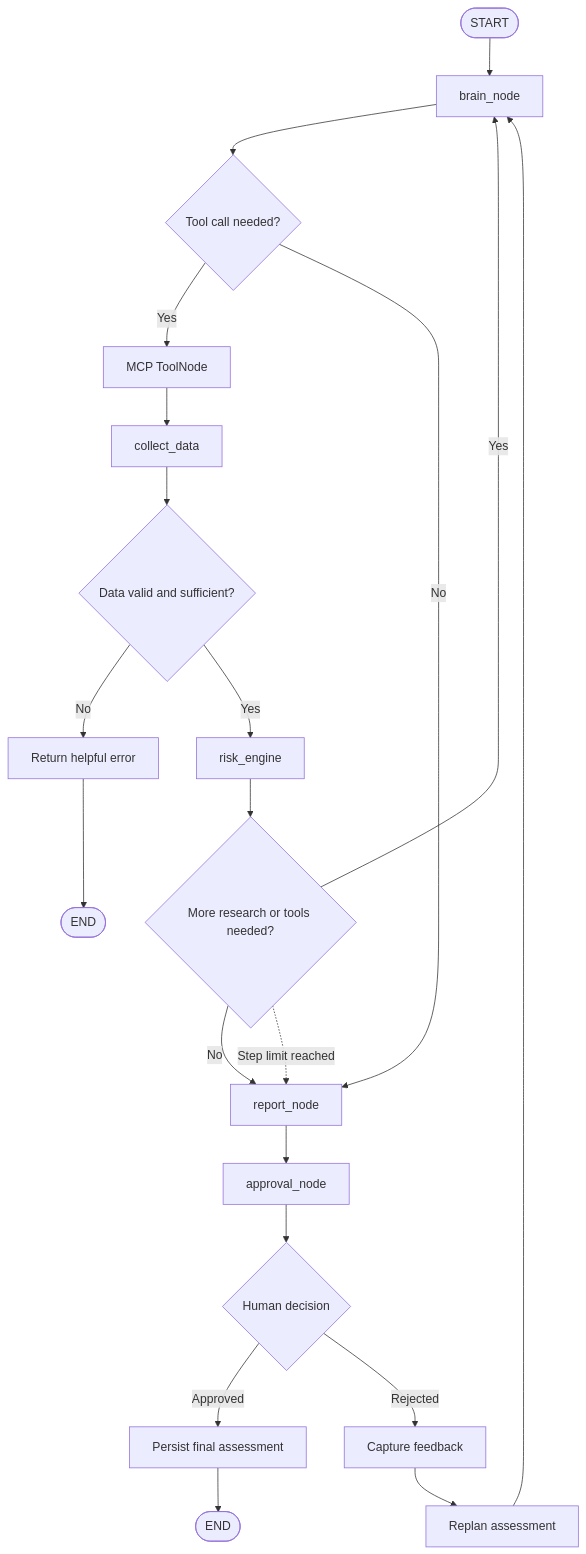
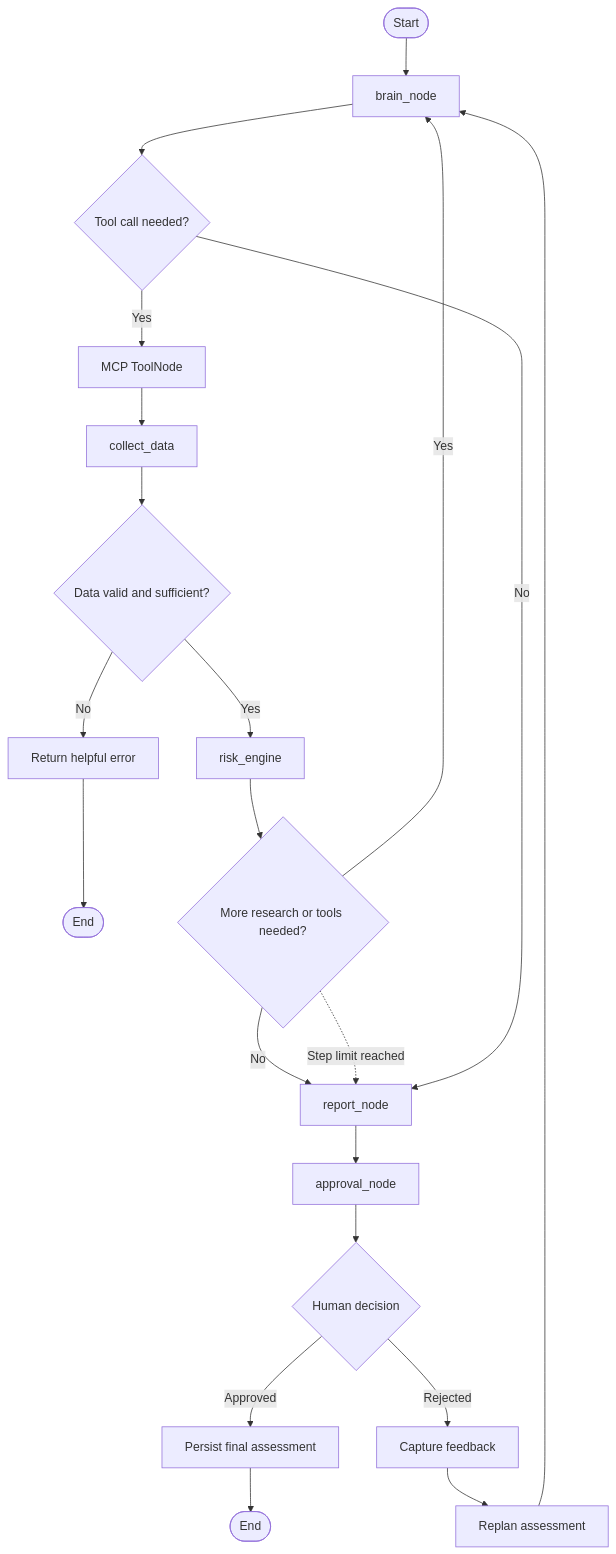
The diagram in README.md (prashantoptimus0588/StockMarket), drawn with Mermaid before and after one commit. The commit also changed other lines of this file, not shown here.

````diff
--- a/README.md
+++ b/README.md
@@ -83,33 +82,32 @@
 ```mermaid
 flowchart TD
-    START([START]) --> B[brain_node]
+    S0(["Start"]) --> B["brain_node"]
 
-    B --> C{Tool call needed?}
+    B --> C{"Tool call needed?"}
 
-    C -- Yes --> T[MCP ToolNode]
-    T --> D[collect_data]
-    D --> V{Data valid and sufficient?}
+    C -->|Yes| T["MCP ToolNode"]
+    T --> D["collect_data"]
+    D --> V{"Data valid and sufficient?"}
 
-    V -- No --> E[Return helpful error]
-    E --> END1([END])
+    V -->|No| E["Return helpful error"]
+    E --> END1(["End"])
 
-    V -- Yes --> R[risk_engine]
-    R --> Q{More research or tools needed?}
+    V -->|Yes| R["risk_engine"]
+    R --> Q{"More research or tools needed?"}
 
-    Q -- Yes --> B
-    Q -- No --> P[report_node]
+    Q -->|Yes| B
+    Q -->|No| P["report_node"]
+    Q -.->|Step limit reached| P
 
-    C -- No --> P
+    C -->|No| P
 
-    Q -. Step limit reached .-> P
+    P --> A["approval_node"]
+    A --> H{"Human decision"}
 
-    P --> A[approval_node]
-    A --> H{Human decision}
+    H -->|Approved| S["Persist final assessment"]
+    S --> END2(["End"])
 
-    H -- Approved --> S[Persist final assessment]
-    S --> END2([END])
-
-    H -- Rejected --> F[Capture feedback]
-    F --> RP[Replan assessment]
+    H -->|Rejected| F["Capture feedback"]
+    F --> RP["Replan assessment"]
     RP --> B
 ```
````
